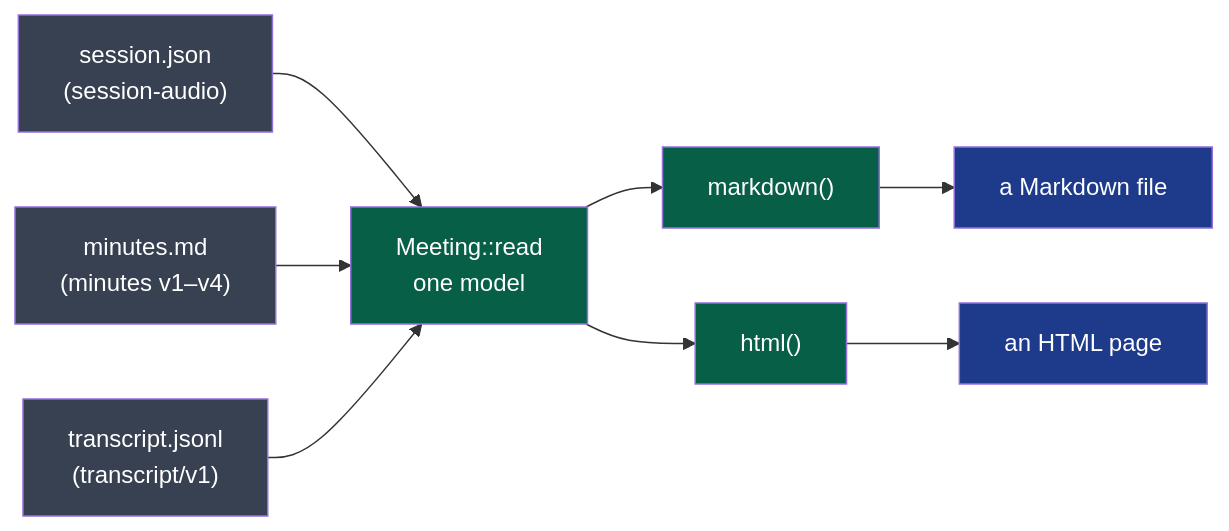
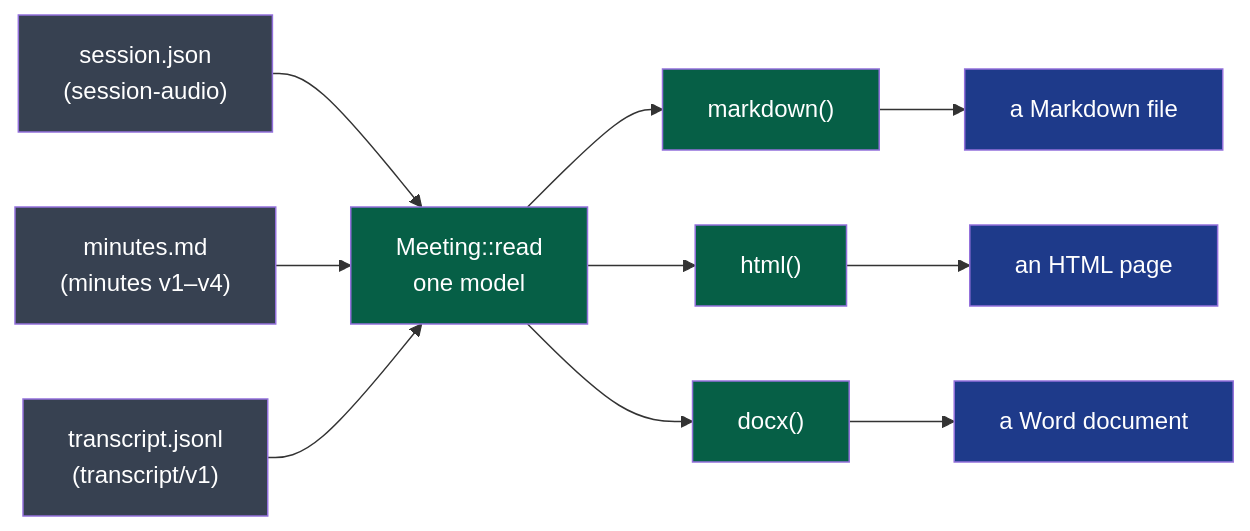
One commit to NapkinStack/kitokey changed the diagram in modules/export/README.md. Above: the diagram before and after it, drawn with Mermaid. The commit also changed other lines of this file and 6 other files, not shown here.

First line of the commit message:
D108 — export: the meeting as a Word document, in Word's heading styles

````diff
--- a/modules/export/README.md
+++ b/modules/export/README.md
@@ -9,14 +9,16 @@
 ```mermaid
 flowchart LR
     S["session.json<br/>(session-audio)"]:::file --> M["Meeting::read<br/>one model"]:::module
     N["minutes.md<br/>(minutes v1–v4)"]:::file --> M
     T["transcript.jsonl<br/>(transcript/v1)"]:::file --> M
     M --> W["markdown()"]:::module
     W --> F["a Markdown file"]:::out
     M --> H["html()"]:::module
     H --> P["an HTML page"]:::out
+    M --> D["docx()"]:::module
+    D --> O["a Word document"]:::out
 
     classDef file fill:#374151,color:#fff
     classDef module fill:#065f46,color:#fff
     classDef out fill:#1e3a8a,color:#fff
 ```
````
